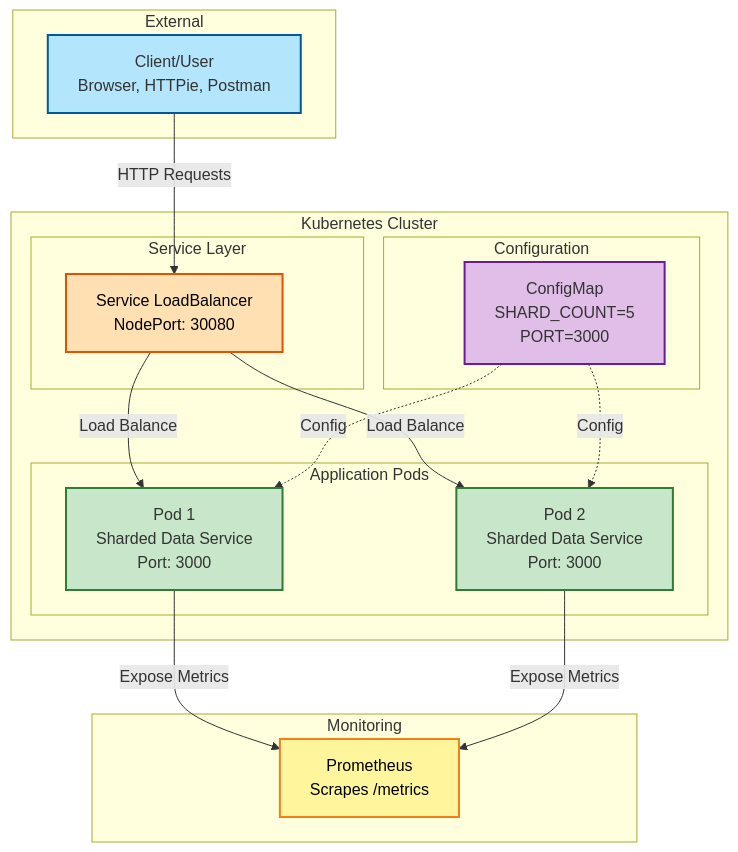
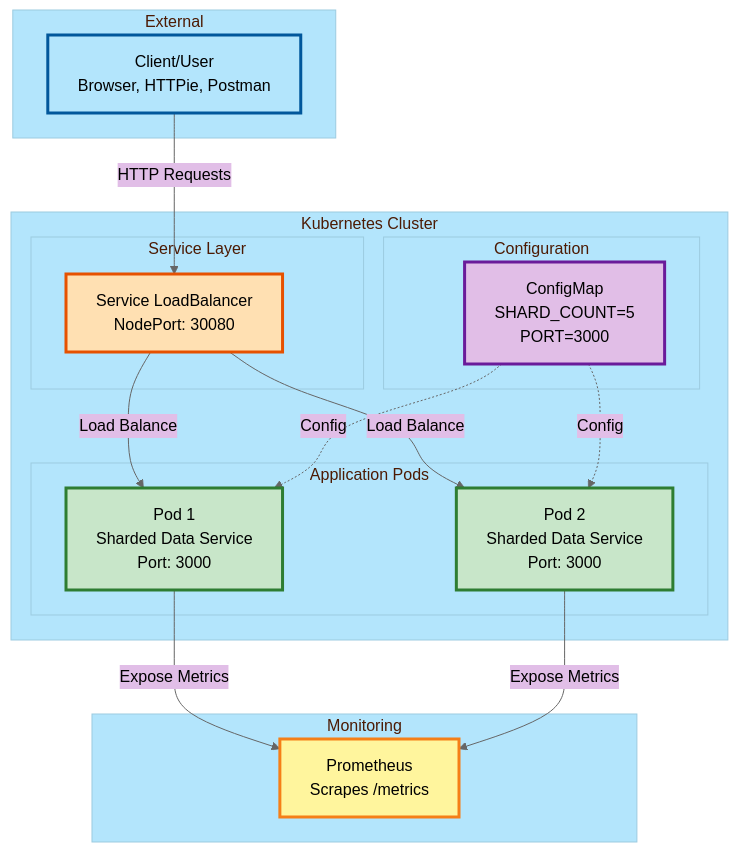
The first of 10 diagrams in ARCHITECTURE.md (Demilade01/sharded-data-service), drawn with Mermaid before and after one commit. The commit also changed other lines of this file, not shown here.

````diff
--- a/ARCHITECTURE.md
+++ b/ARCHITECTURE.md
@@ -24,40 +9,41 @@
 ```mermaid
+%%{init: {'theme':'base', 'themeVariables': { 'primaryColor':'#c8e6c9','primaryTextColor':'#000','primaryBorderColor':'#2e7d32','lineColor':'#666','secondaryColor':'#e1bee7','tertiaryColor':'#b3e5fc'}}}%%
 graph TB
     subgraph "External"
         Client[Client/User<br/>Browser, HTTPie, Postman]
     end
 
     subgraph "Kubernetes Cluster"
         subgraph "Service Layer"
             LB[Service LoadBalancer<br/>NodePort: 30080]
         end
 
         subgraph "Application Pods"
             Pod1[Pod 1<br/>Sharded Data Service<br/>Port: 3000]
             Pod2[Pod 2<br/>Sharded Data Service<br/>Port: 3000]
         end
 
         subgraph "Configuration"
             CM[ConfigMap<br/>SHARD_COUNT=5<br/>PORT=3000]
         end
     end
 
     subgraph "Monitoring"
         Prom[Prometheus<br/>Scrapes /metrics]
     end
 
     Client -->|HTTP Requests| LB
     LB -->|Load Balance| Pod1
     LB -->|Load Balance| Pod2
     CM -.->|Config| Pod1
     CM -.->|Config| Pod2
     Pod1 -->|Expose Metrics| Prom
     Pod2 -->|Expose Metrics| Prom
 
-    style Client fill:#b3e5fc,stroke:#01579b,stroke-width:2px
-    style LB fill:#ffe0b2,stroke:#e65100,stroke-width:2px,color:#000
-    style Pod1 fill:#c8e6c9,stroke:#2e7d32,stroke-width:2px
-    style Pod2 fill:#c8e6c9,stroke:#2e7d32,stroke-width:2px
-    style CM fill:#e1bee7,stroke:#6a1b9a,stroke-width:2px
-    style Prom fill:#fff59d,stroke:#f57f17,stroke-width:2px,color:#000
+    style Client fill:#b3e5fc,stroke:#01579b,stroke-width:3px,color:#000
+    style LB fill:#ffe0b2,stroke:#e65100,stroke-width:3px,color:#000
+    style Pod1 fill:#c8e6c9,stroke:#2e7d32,stroke-width:3px,color:#000
+    style Pod2 fill:#c8e6c9,stroke:#2e7d32,stroke-width:3px,color:#000
+    style CM fill:#e1bee7,stroke:#6a1b9a,stroke-width:3px,color:#000
+    style Prom fill:#fff59d,stroke:#f57f17,stroke-width:3px,color:#000
 ```
````
